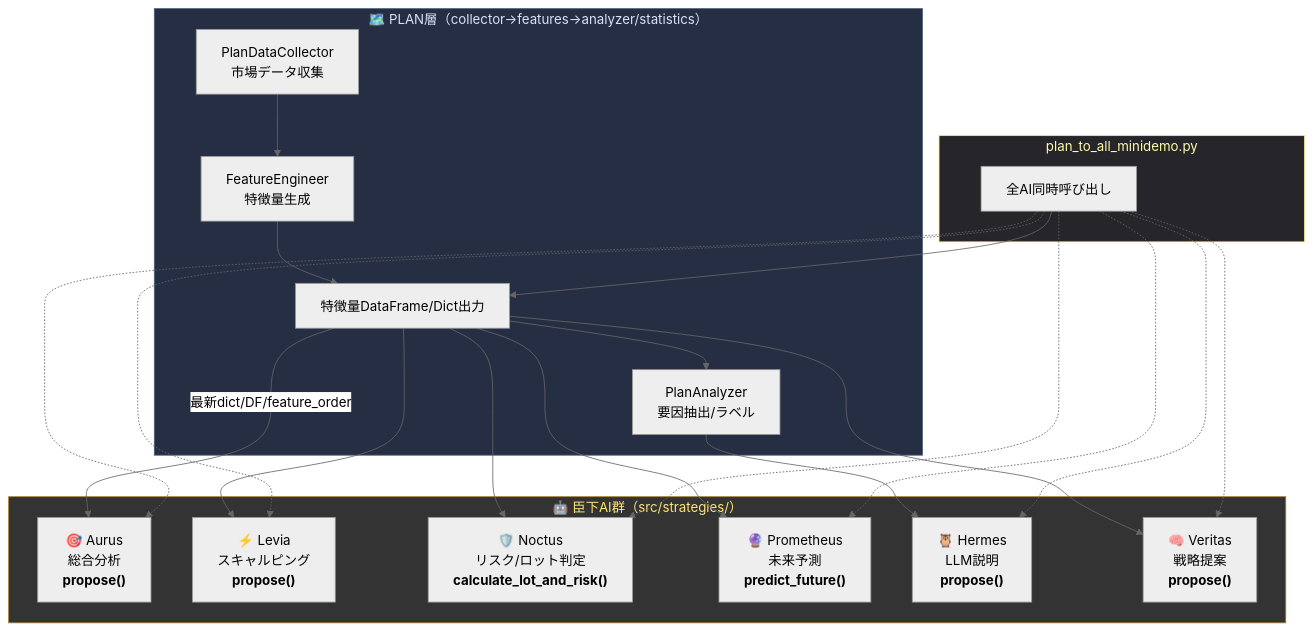
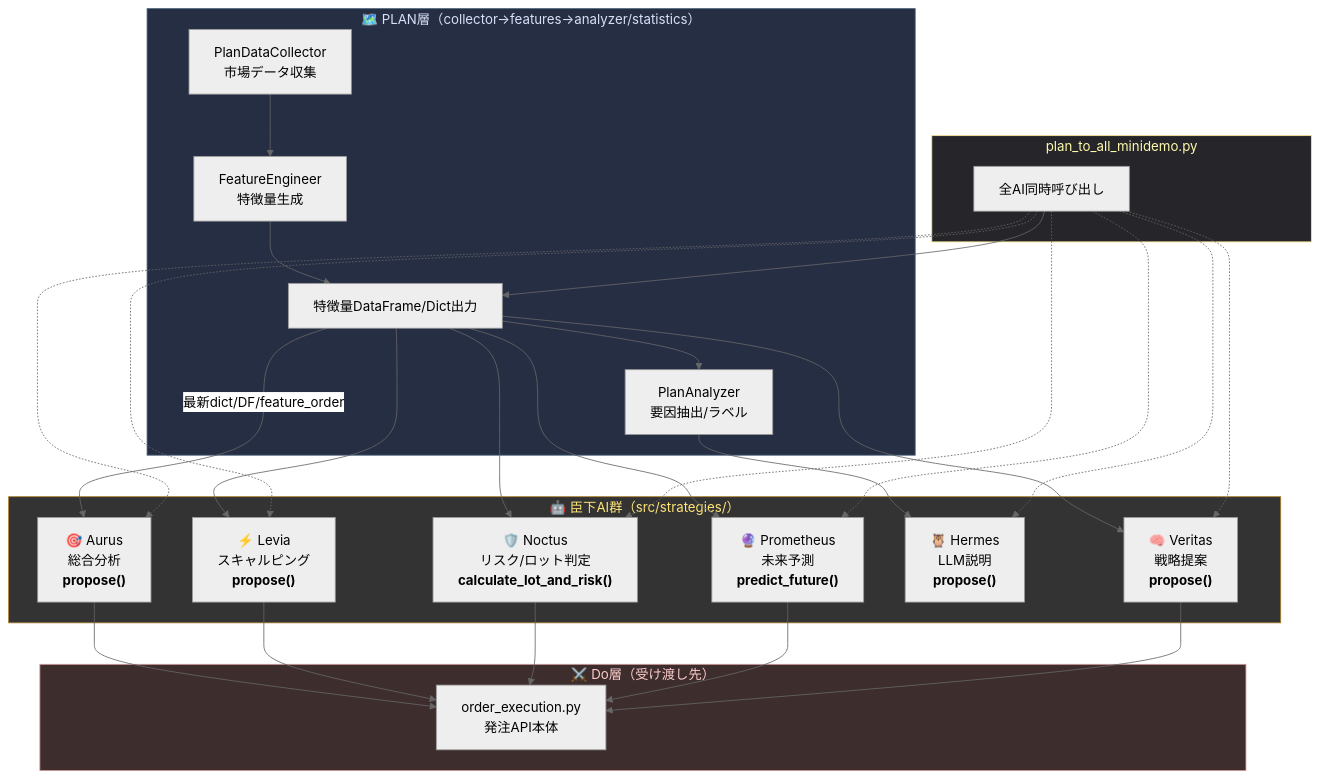
One commit to Noctria/noctria_kingdom changed the diagram in docs/P層.mmd. Above: the diagram before and after it, drawn with Mermaid (neutral theme).

```diff
--- a/docs/P層.mmd
+++ b/docs/P層.mmd
@@ -1,54 +1,68 @@
 flowchart TD
   %% --- Plan層 ---
   subgraph PLAN["🗺️ PLAN層（collector→features→analyzer/statistics）"]
     COLLECT["PlanDataCollector<br>市場データ収集"]
     FEATENG["FeatureEngineer<br>特徴量生成"]
     FEATDF["特徴量DataFrame/Dict出力"]
     ANALYZER["PlanAnalyzer<br>要因抽出/ラベル"]
   end
 
   %% --- AI臣下たち ---
   subgraph AI_UNDERLINGS["🤖 臣下AI群（src/strategies/）"]
     AURUS["🎯 Aurus<br>総合分析<br><b>propose()</b>"]
     LEVIA["⚡ Levia<br>スキャルピング<br><b>propose()</b>"]
     NOCTUS["🛡️ Noctus<br>リスク/ロット判定<br><b>calculate_lot_and_risk()</b>"]
     PROMETHEUS["🔮 Prometheus<br>未来予測<br><b>predict_future()</b>"]
     HERMES["🦉 Hermes<br>LLM説明<br><b>propose()</b>"]
     VERITAS["🧠 Veritas<br>戦略提案<br><b>propose()</b>"]
   end
 
+  %% --- D層（受け渡し先のみ） ---
+  subgraph DO_LAYER["⚔️ Do層（受け渡し先）"]
+    ORDER["order_execution.py<br>発注API本体"]
+  end
+
   %% --- 連携 ---
   COLLECT --> FEATENG
   FEATENG --> FEATDF
   FEATDF -->|最新dict/DF/feature_order| AURUS
   FEATDF --> LEVIA
   FEATDF --> NOCTUS
   FEATDF --> PROMETHEUS
   FEATDF --> VERITAS
 
   FEATDF --> ANALYZER
   ANALYZER --> HERMES
+
+  %% --- D層への受け渡し ---
+  AURUS --> ORDER
+  LEVIA --> ORDER
+  NOCTUS --> ORDER
+  PROMETHEUS --> ORDER
+  VERITAS --> ORDER
 
   %% --- サンプルデモ ---
   subgraph DEMO["plan_to_all_minidemo.py"]
     DEMOENTRY["全AI同時呼び出し"]
   end
   DEMOENTRY --> FEATDF
   DEMOENTRY -.-> AURUS
   DEMOENTRY -.-> LEVIA
   DEMOENTRY -.-> NOCTUS
   DEMOENTRY -.-> PROMETHEUS
   DEMOENTRY -.-> HERMES
   DEMOENTRY -.-> VERITAS
 
   %% --- 装飾 ---
   classDef plan fill:#262e44,stroke:#47617a,color:#d8e0f7
   classDef ai fill:#333,color:#ffe476,stroke:#a97e2c
   classDef demo fill:#25252a,stroke:#f6e58d,color:#fffaad
+  classDef do fill:#3d2d2d,stroke:#cc9999,color:#ffcccc
 
   class PLAN plan
   class AI_UNDERLINGS ai
   class DEMO demo
+  class DO_LAYER do
 
   %% --- 補足 ---
   click DEMOENTRY "https://github.com/your_repo/src/plan_data/plan_to_all_minidemo.py" "サンプル実装ファイル"
```
